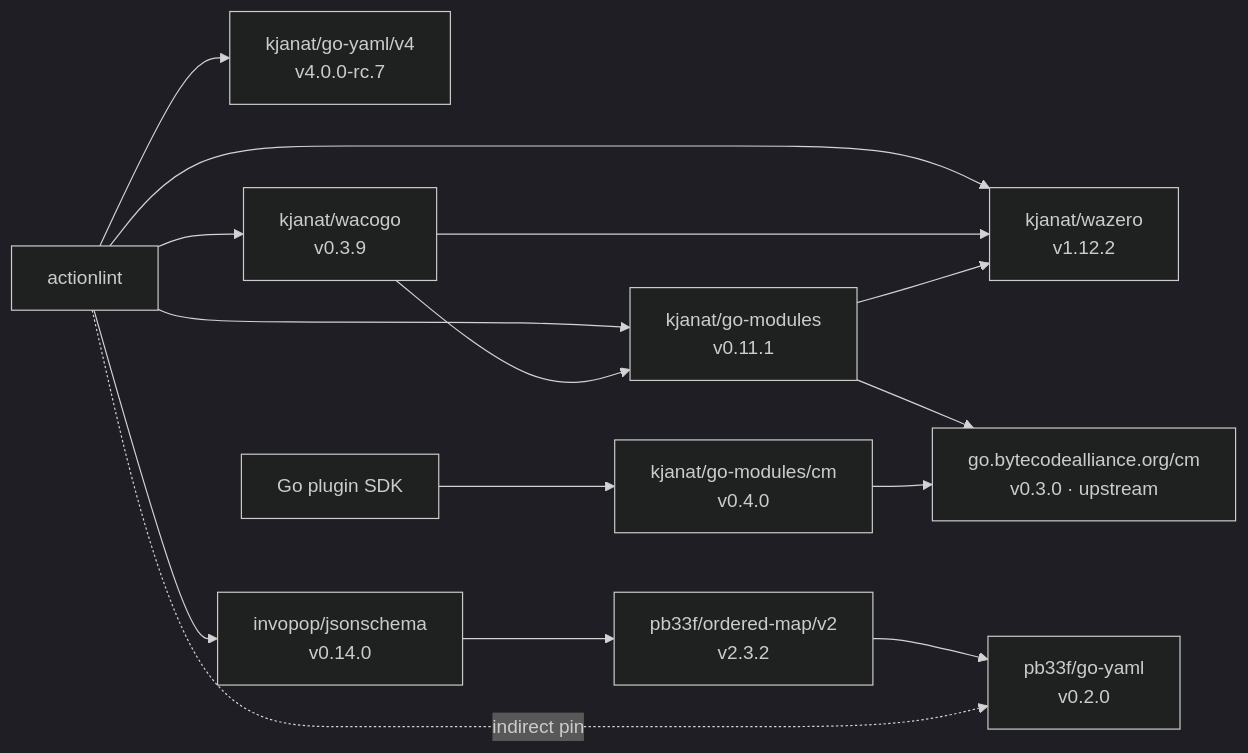
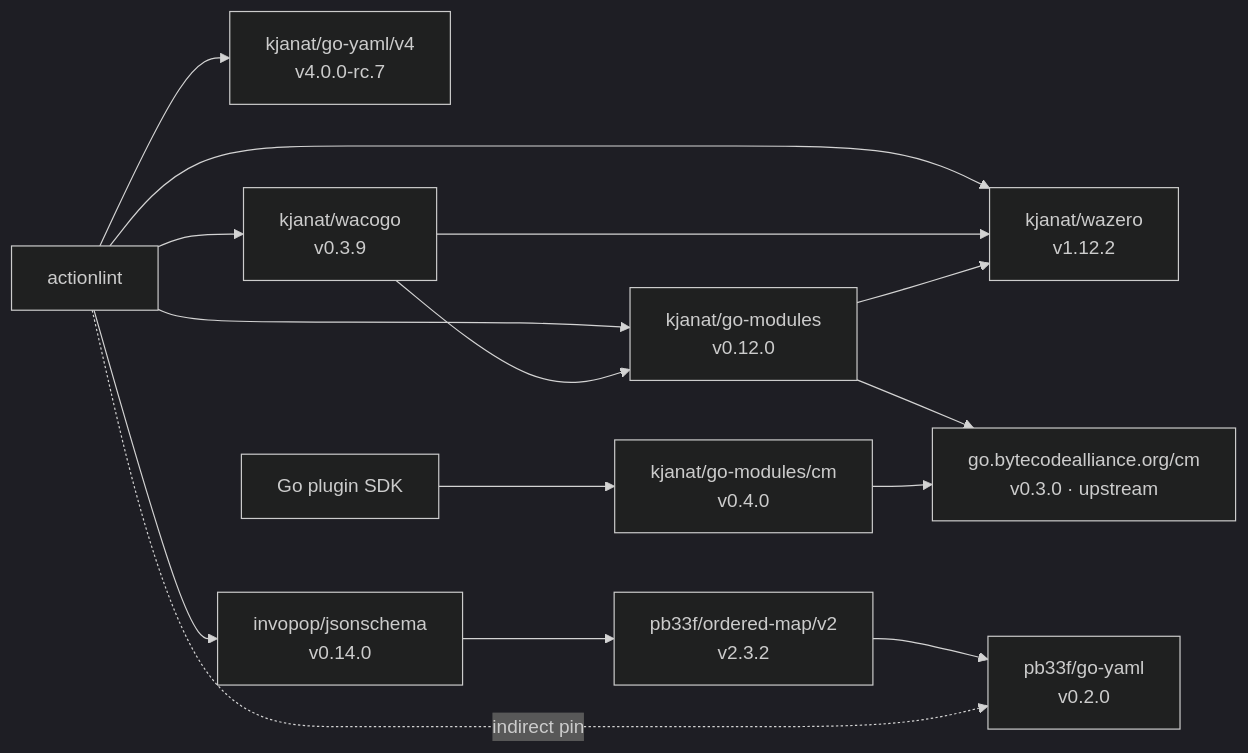
One commit to kjanat/actionlint changed the diagram in docs/go-forks.md. Above: the diagram before and after it, drawn with Mermaid (dark theme). The commit also changed 2 other files, not shown here.

Commit message:
Update module github.com/kjanat/go-modules to v0.12.0

````diff
--- a/docs/go-forks.md
+++ b/docs/go-forks.md
@@ -5,26 +5,26 @@
 ```mermaid
 flowchart LR
     %% renovate: depName=github.com/kjanat/go-yaml/v4
     A[actionlint] --> Y["kjanat/go-yaml/v4<br/>v4.0.0-rc.7"]
     %% renovate: depName=github.com/kjanat/wacogo
     A --> W["kjanat/wacogo<br/>v0.3.9"]
     %% renovate: depName=github.com/kjanat/wazero
     A --> Z["kjanat/wazero<br/>v1.12.2"]
     %% renovate: depName=github.com/kjanat/go-modules
-    A --> G["kjanat/go-modules<br/>v0.11.1"]
+    A --> G["kjanat/go-modules<br/>v0.12.0"]
     W --> G
     W --> Z
     G --> Z
     %% renovate: depName=github.com/kjanat/go-modules/cm
     E[Go plugin SDK] --> CM["kjanat/go-modules/cm<br/>v0.4.0"]
     %% renovate: depName=go.bytecodealliance.org/cm
     G --> U["go.bytecodealliance.org/cm<br/>v0.3.0 · upstream"]
     CM --> U
     %% renovate: depName=github.com/invopop/jsonschema
     A --> J["invopop/jsonschema<br/>v0.14.0"]
     %% renovate: depName=github.com/pb33f/ordered-map/v2
     J --> O["pb33f/ordered-map/v2<br/>v2.3.2"]
     %% renovate: depName=github.com/pb33f/go-yaml
     O --> P["pb33f/go-yaml<br/>v0.2.0"]
     A -. indirect pin .-> P
 ```
````
